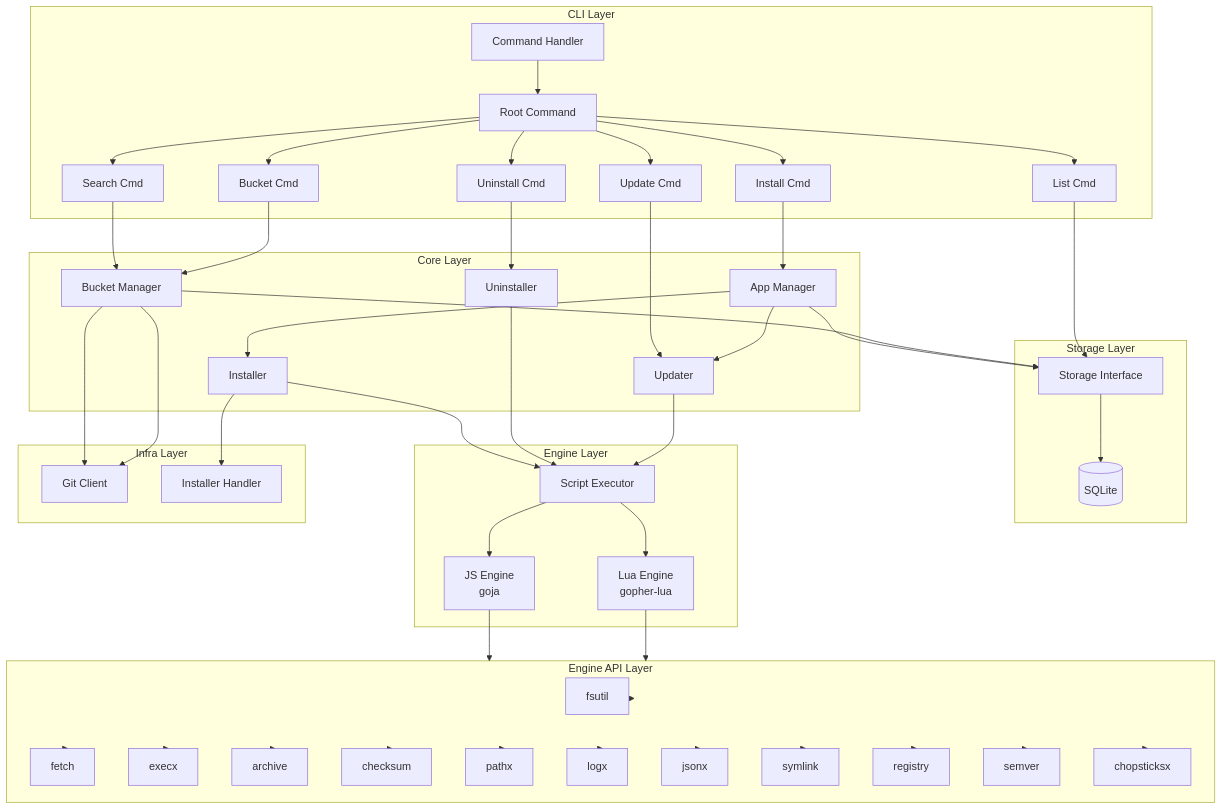
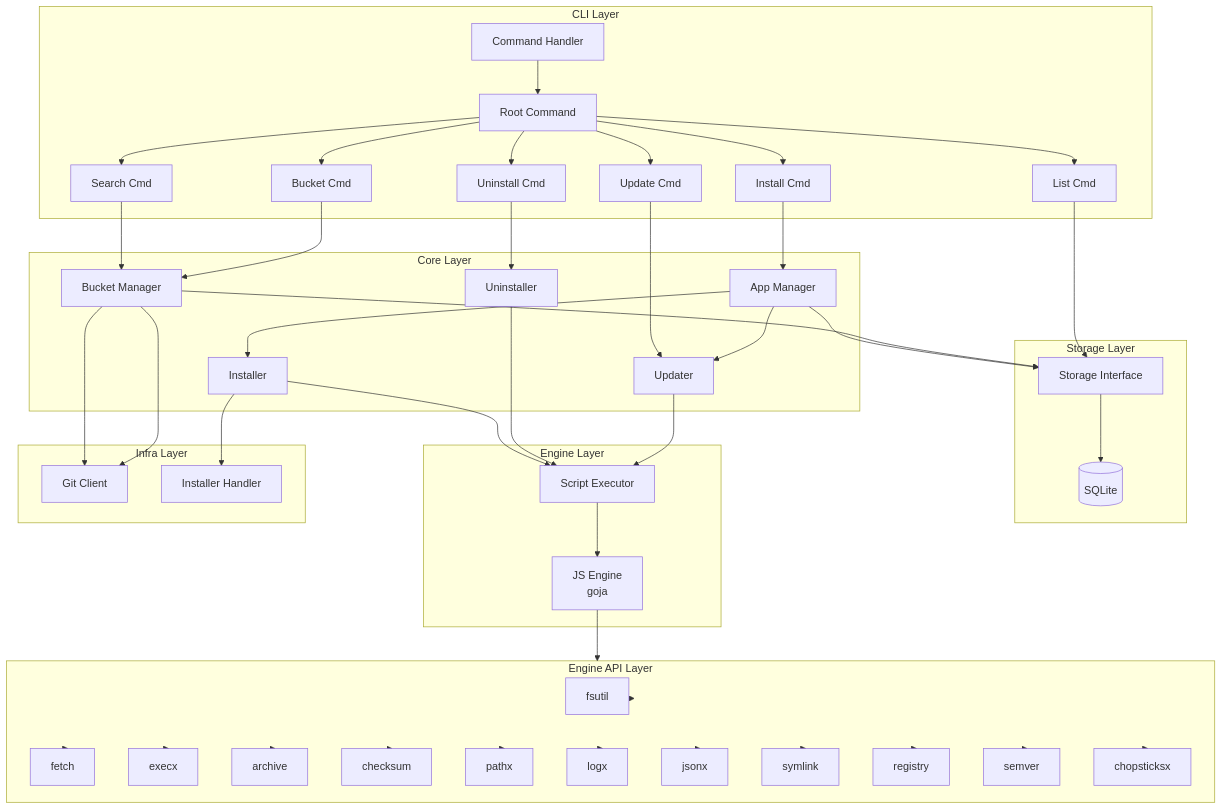
Before and after one commit to morning-start/chopsticks: the first of 4 diagrams in wiki/ARCHITECTURE.md, drawn with Mermaid. The commit also changed other lines of this file and 4 other files, not shown here.

````diff
--- a/wiki/ARCHITECTURE.md
+++ b/wiki/ARCHITECTURE.md
@@ -88,77 +85,76 @@
 ```mermaid
 graph TB
     subgraph CLI[CLI Layer]
         CMD[Command Handler]
         ROOT[Root Command]
         INSTALL[Install Cmd]
         UNINSTALL[Uninstall Cmd]
         UPDATE[Update Cmd]
         SEARCH[Search Cmd]
         LIST[List Cmd]
         BUCKET[Bucket Cmd]
     end
 
     subgraph CORE[Core Layer]
         APP_MGR[App Manager]
         BUCKET_MGR[Bucket Manager]
         INSTALLER[Installer]
         UNINSTALLER[Uninstaller]
         UPDATER[Updater]
     end
 
     subgraph STORE[Storage Layer]
         SQLITE[(SQLite)]
         STORAGE[Storage Interface]
     end
 
     subgraph ENGINE[Engine Layer]
         JS[JS Engine<br/>goja]
-        LUA[Lua Engine<br/>gopher-lua]
         SCRIPT[Script Executor]
     end
 
     subgraph API[Engine API Layer]
         FS[fsutil]
         FETCH[fetch]
         EXEC[execx]
         ARCH[archive]
         CHECK[checksum]
         PATH[pathx]
         LOG[logx]
         JSON[jsonx]
         SYM[symlink]
         REG[registry]
         SEMVER[semver]
         CHOPX[chopsticksx]
     end
 
     subgraph INFRA[Infra Layer]
         GIT[Git Client]
         INST[Installer Handler]
     end
 
     CMD --> ROOT
     ROOT --> INSTALL & UNINSTALL & UPDATE & SEARCH & LIST & BUCKET
 
     INSTALL --> APP_MGR
     UNINSTALL --> UNINSTALLER
     UPDATE --> UPDATER
     SEARCH --> BUCKET_MGR
     LIST --> STORAGE
     BUCKET --> BUCKET_MGR
 
     APP_MGR --> INSTALLER & UPDATER
     BUCKET_MGR --> GIT
 
     INSTALLER & UNINSTALLER & UPDATER --> SCRIPT
-    SCRIPT --> JS & LUA
+    SCRIPT --> JS
 
-    JS & LUA --> API
+    JS --> API
     API --> FS & FETCH & EXEC & ARCH & CHECK & PATH & LOG & JSON & SYM & REG & SEMVER & CHOPX
 
     APP_MGR & BUCKET_MGR --> STORAGE
     STORAGE --> SQLITE
 
     INSTALLER --> INST
     BUCKET_MGR --> GIT
 ```
````
